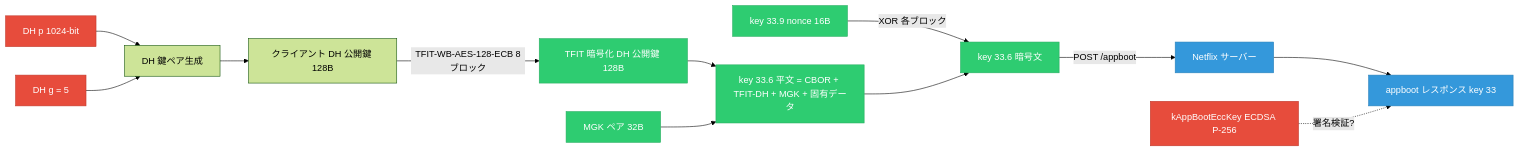
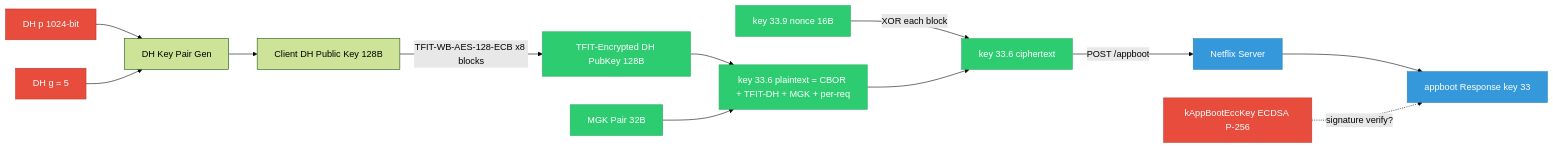
Before and after one commit to qtmleap/revkit: the second of 9 diagrams in docs/spec/msl_key_relationship.md, drawn with Mermaid (forest theme). The commit also changed other lines of this file, not shown here.

First line of the commit message:
docs(spec): Mermaid 図のラベルを全て英語に変更

````diff
--- a/docs/spec/msl_key_relationship.md
+++ b/docs/spec/msl_key_relationship.md
@@ -29,25 +29,25 @@
 ```mermaid
 graph LR
-    DH_P["DH p 1024-bit"] --> DH_GEN["DH 鍵ペア生成"]
+    DH_P["DH p 1024-bit"] --> DH_GEN["DH Key Pair Gen"]
     DH_G["DH g = 5"] --> DH_GEN
-    DH_GEN --> DH_PUB["クライアント DH 公開鍵 128B"]
-    DH_PUB -->|TFIT-WB-AES-128-ECB 8ブロック| TFIT_DH["TFIT 暗号化 DH 公開鍵 128B"]
-    TFIT_DH --> KEY336_PT["key 33.6 平文 = CBOR + TFIT-DH + MGK + 固有データ"]
-    MGK["MGK ペア 32B"] --> KEY336_PT
-    NONCE_SRV["key 33.9 nonce 16B"] -->|XOR 各ブロック| KEY336_ENC["key 33.6 暗号文"]
+    DH_GEN --> DH_PUB["Client DH Public Key 128B"]
+    DH_PUB -->|TFIT-WB-AES-128-ECB x8 blocks| TFIT_DH["TFIT-Encrypted DH PubKey 128B"]
+    TFIT_DH --> KEY336_PT["key 33.6 plaintext = CBOR + TFIT-DH + MGK + per-req"]
+    MGK["MGK Pair 32B"] --> KEY336_PT
+    NONCE_SRV["key 33.9 nonce 16B"] -->|XOR each block| KEY336_ENC["key 33.6 ciphertext"]
     KEY336_PT --> KEY336_ENC
-    KEY336_ENC -->|POST /appboot| SERVER["Netflix サーバー"]
-    SERVER --> DH_RESP["appboot レスポンス key 33"]
-    ECC_BOOT["kAppBootEccKey ECDSA P-256"] -.->|署名検証?| DH_RESP
+    KEY336_ENC -->|POST /appboot| SERVER["Netflix Server"]
+    SERVER --> DH_RESP["appboot Response key 33"]
+    ECC_BOOT["kAppBootEccKey ECDSA P-256"] -.->|signature verify?| DH_RESP
 
     style DH_P fill:#e74c3c,stroke:#c0392b,color:#fff
     style DH_G fill:#e74c3c,stroke:#c0392b,color:#fff
     style ECC_BOOT fill:#e74c3c,stroke:#c0392b,color:#fff
     style NONCE_SRV fill:#2ecc71,stroke:#27ae60,color:#fff
     style SERVER fill:#3498db,stroke:#2980b9,color:#fff
     style DH_RESP fill:#3498db,stroke:#2980b9,color:#fff
     style TFIT_DH fill:#2ecc71,stroke:#27ae60,color:#fff
     style KEY336_PT fill:#2ecc71,stroke:#27ae60,color:#fff
     style KEY336_ENC fill:#2ecc71,stroke:#27ae60,color:#fff
     style MGK fill:#2ecc71,stroke:#27ae60,color:#fff
 ```
````
